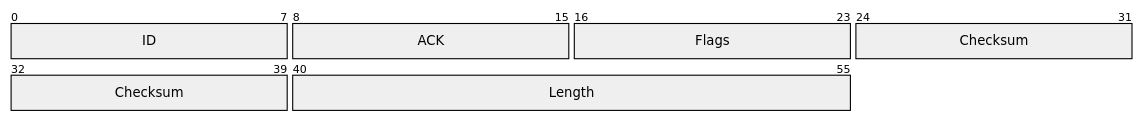
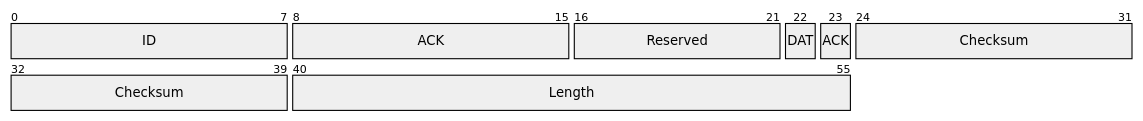
Before and after one commit to BetterLordWilliam/comp7005-project: the first of 2 diagrams in project_a01372608_report.md, drawn with Mermaid. The commit also changed other lines of this file and 1 other file, not shown here.

Commit message:
WO: protocol implementation overview w/ a diagram describing the expected behaviour of the protocol "in the wild".

````diff
--- a/project_a01372608_report.md
+++ b/project_a01372608_report.md
@@ -35,8 +40,10 @@
 ```mermaid
 packet
 +8: "ID"
 +8: "ACK"
-+8: "Flags"
+16-21: "Reserved"
+22: "DAT"
+23: "ACK"
 +16: "Checksum"
 +16: "Length"
 ```
````
